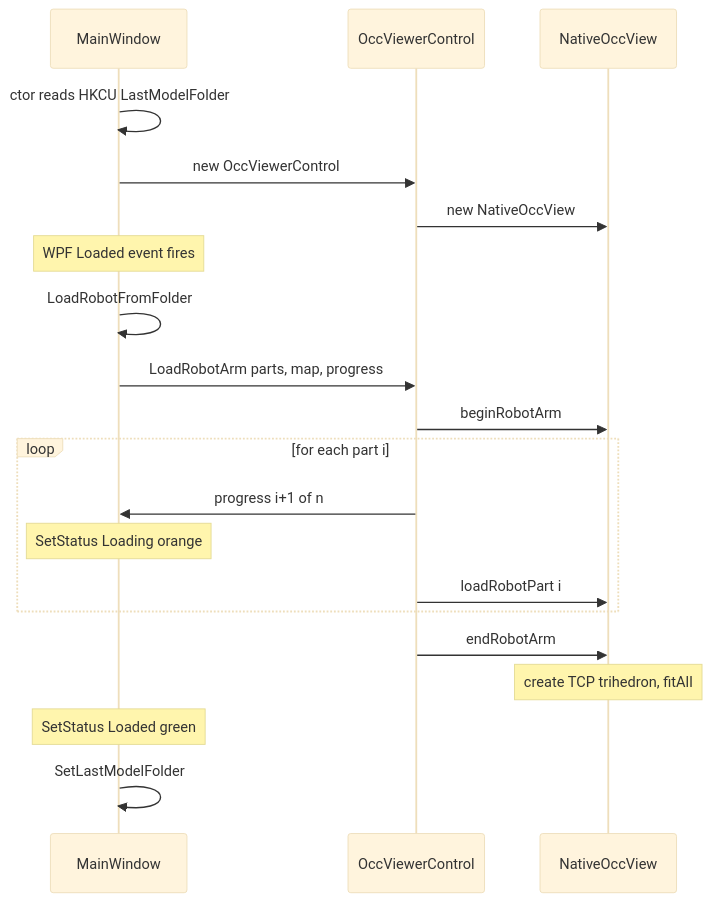
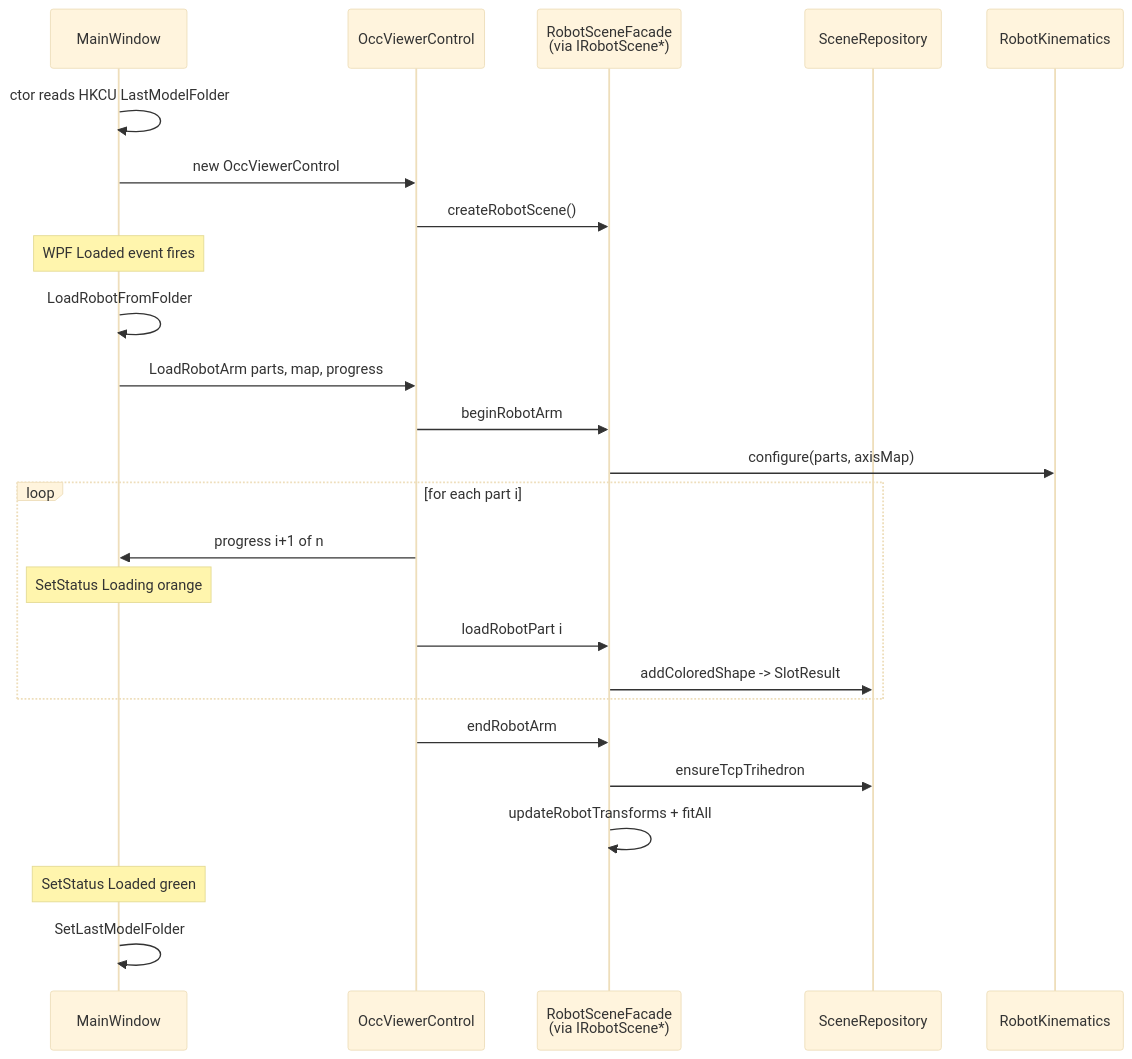
The second of 3 diagrams in Docs/README.md (ChengChengYang0416/robot-simulation), drawn with Mermaid (base theme) before and after one commit. The commit also changed other lines of this file, not shown here.

Commit message:
update: rewrite README for post-R7 architecture (5 static libs + IRobotScene)

````diff
--- a/Docs/README.md
+++ b/Docs/README.md
@@ -179,23 +221,28 @@
 ```mermaid
 sequenceDiagram
     participant W as MainWindow
     participant V as OccViewerControl
-    participant N as NativeOccView
+    participant F as RobotSceneFacade<br/>(via IRobotScene*)
+    participant R as SceneRepository
+    participant K as RobotKinematics
 
     W->>W: ctor reads HKCU LastModelFolder
     W->>V: new OccViewerControl
-    V->>N: new NativeOccView
+    V->>F: createRobotScene()
     Note over W: WPF Loaded event fires
     W->>W: LoadRobotFromFolder
     W->>V: LoadRobotArm parts, map, progress
-    V->>N: beginRobotArm
+    V->>F: beginRobotArm
+    F->>K: configure(parts, axisMap)
     loop for each part i
         V->>W: progress i+1 of n
         Note over W: SetStatus Loading orange
-        V->>N: loadRobotPart i
+        V->>F: loadRobotPart i
+        F->>R: addColoredShape -> SlotResult
     end
-    V->>N: endRobotArm
-    Note over N: create TCP trihedron, fitAll
+    V->>F: endRobotArm
+    F->>R: ensureTcpTrihedron
+    F->>F: updateRobotTransforms + fitAll
     Note over W: SetStatus Loaded green
     W->>W: SetLastModelFolder
 ```
````
